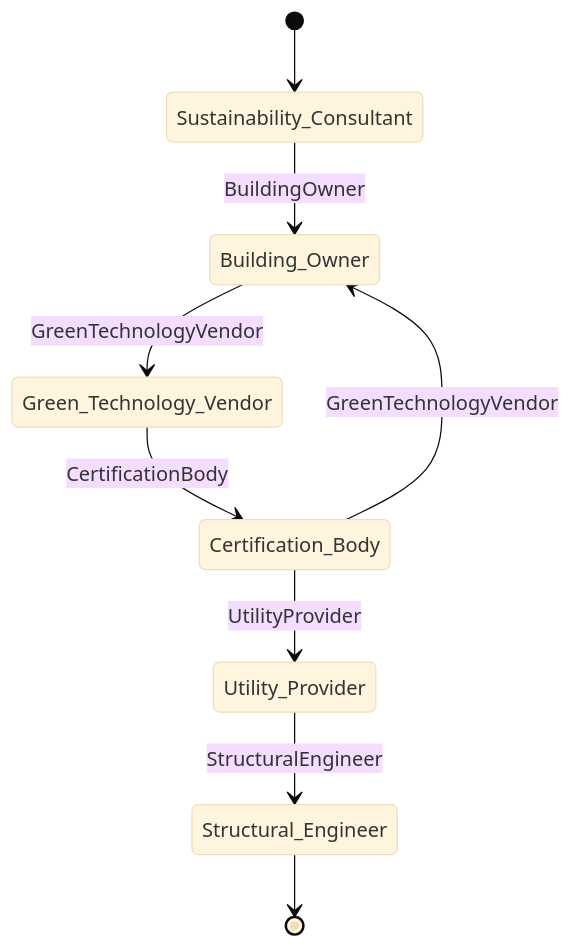
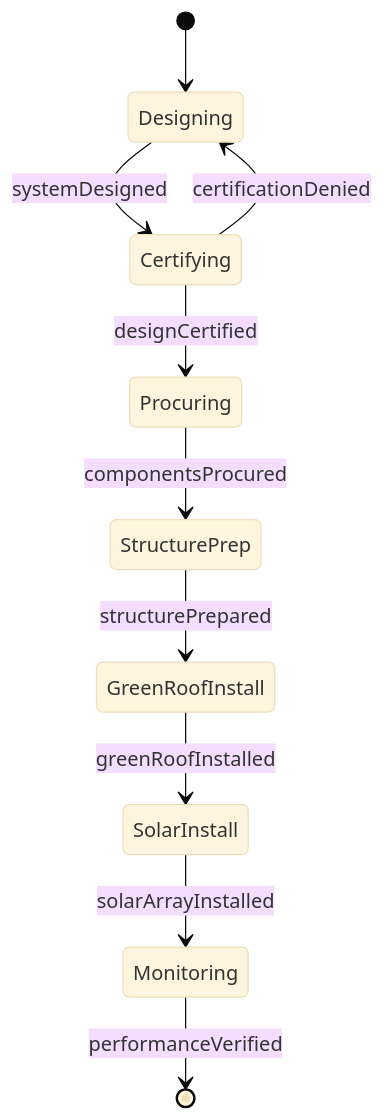
One commit to dot-org-ai/tasks.org.ai changed the second of 4 diagrams in HandlingAndMovingObjects/BuildStructures/InstallGreenStructuralComponentsEquipment.mdx. Above: the diagram before and after it, drawn with Mermaid (base theme). The commit also changed other lines of this file and 515 other files, not shown here.

````diff
--- a/HandlingAndMovingObjects/BuildStructures/InstallGreenStructuralComponentsEquipment.mdx
+++ b/HandlingAndMovingObjects/BuildStructures/InstallGreenStructuralComponentsEquipment.mdx
@@ -101,11 +99,12 @@
 ```mermaid
 stateDiagram-v2
-    [*] --> Sustainability_Consultant
-    Sustainability_Consultant --> Building_Owner: BuildingOwner
-    Building_Owner --> Green_Technology_Vendor: GreenTechnologyVendor
-    Green_Technology_Vendor --> Certification_Body: CertificationBody
-    Certification_Body --> Utility_Provider: UtilityProvider
-    Utility_Provider --> Structural_Engineer: StructuralEngineer
-    Certification_Body --> Building_Owner: GreenTechnologyVendor
-    Structural_Engineer --> [*]
+    [*] --> Designing
+    Designing --> Certifying : systemDesigned
+    Certifying --> Procuring : designCertified
+    Procuring --> StructurePrep : componentsProcured
+    StructurePrep --> GreenRoofInstall : structurePrepared
+    GreenRoofInstall --> SolarInstall : greenRoofInstalled
+    SolarInstall --> Monitoring : solarArrayInstalled
+    Certifying --> Designing : certificationDenied
+    Monitoring --> [*] : performanceVerified
 ```
````
